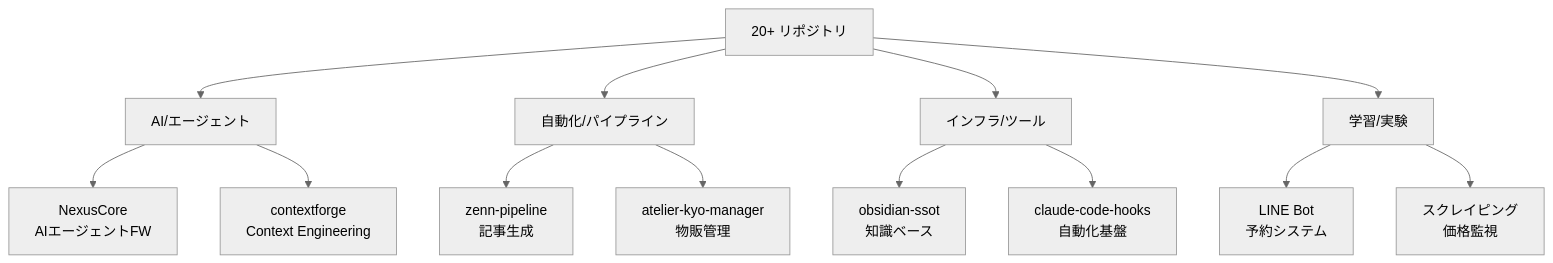
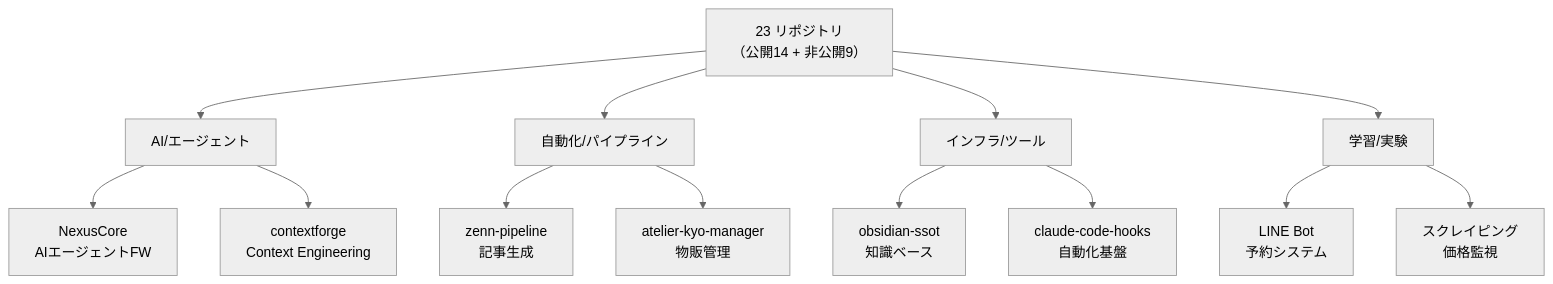
The diagram in articles/civilservant-20repos-survival.md (fukukei23/zenn), drawn with Mermaid (neutral theme) before and after one commit. The commit also changed other lines of this file and 3 other files, not shown here.

````diff
--- a/articles/civilservant-20repos-survival.md
+++ b/articles/civilservant-20repos-survival.md
@@ -100,19 +100,19 @@
 ```mermaid
 flowchart TD
-    A[20+ リポジトリ] --> B[AI/エージェント]
+    A["23 リポジトリ<br/>（公開14 + 非公開9）"] --> B[AI/エージェント]
     A --> C[自動化/パイプライン]
     A --> D[インフラ/ツール]
     A --> E[学習/実験]
 
     B --> B1[NexusCore<br/>AIエージェントFW]
     B --> B2[contextforge<br/>Context Engineering]
 
     C --> C1[zenn-pipeline<br/>記事生成]
     C --> C2[atelier-kyo-manager<br/>物販管理]
 
     D --> D1[obsidian-ssot<br/>知識ベース]
     D --> D2[claude-code-hooks<br/>自動化基盤]
 
     E --> E1[LINE Bot<br/>予約システム]
     E --> E2[スクレイピング<br/>価格監視]
 ```
````
